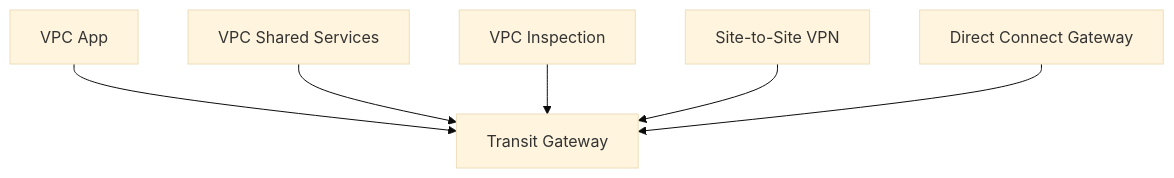
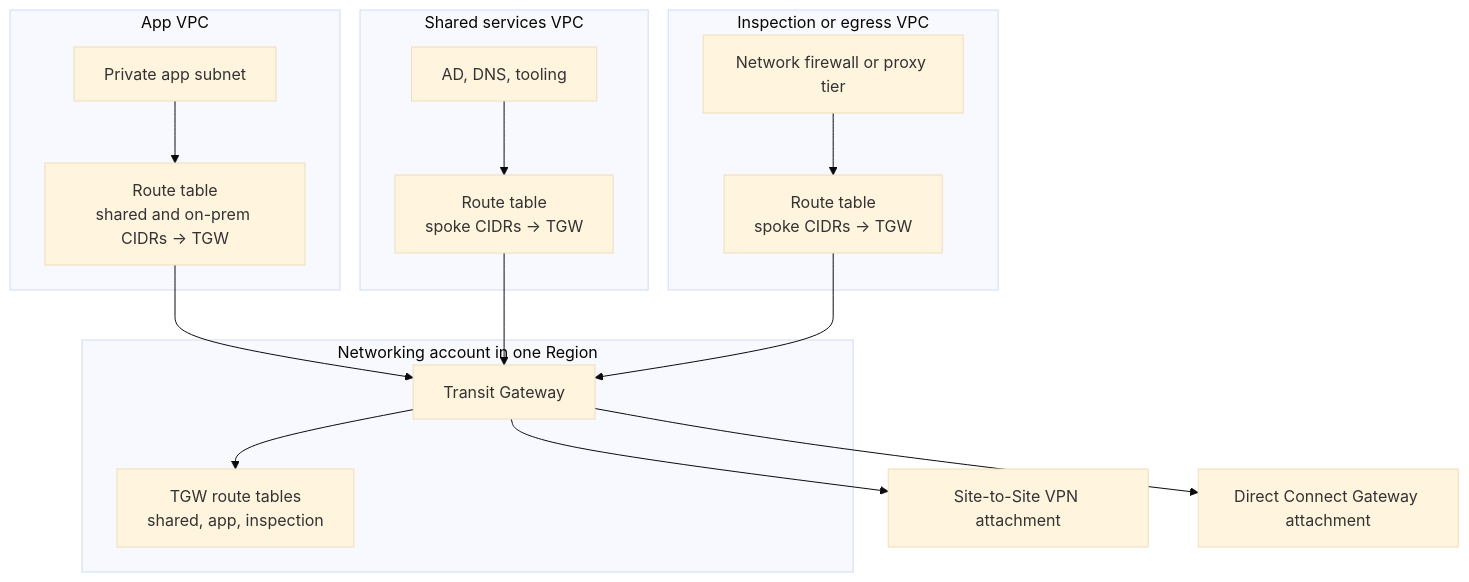
Before and after one commit to rooneyviet/aws-learning-obsidian: the diagram in 05 - Networking, DNS, and Edge/AWS Transit Gateway.md, drawn with Mermaid (base theme). The commit also changed 7 other files, not shown here.

````diff
--- a/05 - Networking, DNS, and Edge/AWS Transit Gateway.md
+++ b/05 - Networking, DNS, and Edge/AWS Transit Gateway.md
@@ -22,9 +22,35 @@
 ```mermaid
-flowchart TD
-    TGW[Transit Gateway]
-    VPC1[VPC App] --> TGW
-    VPC2[VPC Shared Services] --> TGW
-    VPC3[VPC Inspection] --> TGW
-    VPN[Site-to-Site VPN] --> TGW
-    DX[Direct Connect Gateway] --> TGW
+flowchart TB
+    subgraph Region["Networking account in one Region"]
+        TGW[Transit Gateway]
+        TGWRT["TGW route tables\nshared, app, inspection"]
+        TGW --> TGWRT
+    end
+
+    subgraph AppVPC["App VPC"]
+        AppSubnet[Private app subnet]
+        AppRT["Route table\nshared and on-prem CIDRs -> TGW"]
+        AppSubnet --> AppRT
+    end
+
+    subgraph SharedVPC["Shared services VPC"]
+        SharedSubnet[AD, DNS, tooling]
+        SharedRT["Route table\nspoke CIDRs -> TGW"]
+        SharedSubnet --> SharedRT
+    end
+
+    subgraph InspectionVPC["Inspection or egress VPC"]
+        Firewall[Network firewall or proxy tier]
+        InspectRT["Route table\nspoke CIDRs -> TGW"]
+        Firewall --> InspectRT
+    end
+
+    VPN[Site-to-Site VPN attachment]
+    DX[Direct Connect Gateway attachment]
+
+    AppRT --> TGW
+    SharedRT --> TGW
+    InspectRT --> TGW
+    TGW --> VPN
+    TGW --> DX
 ```
````
